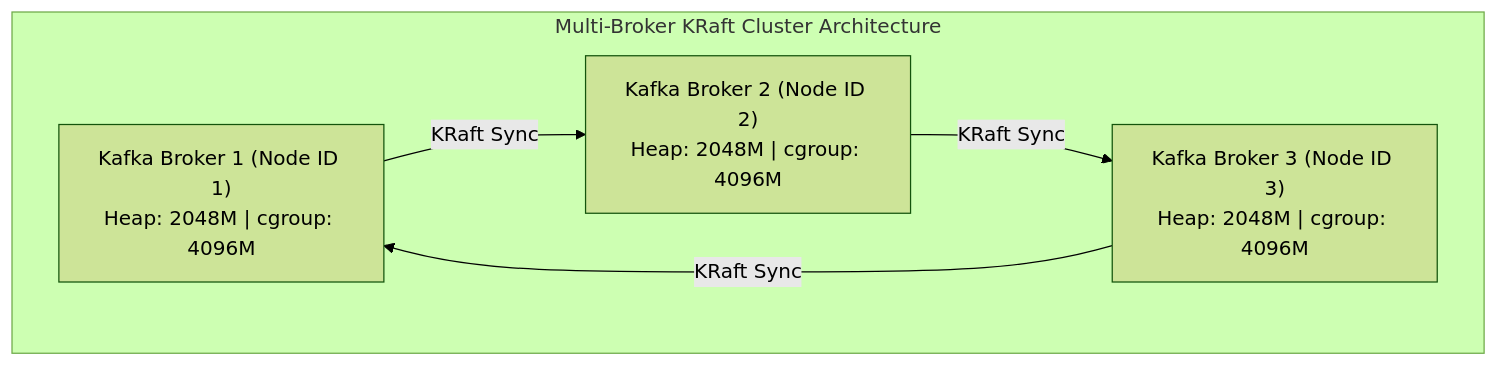
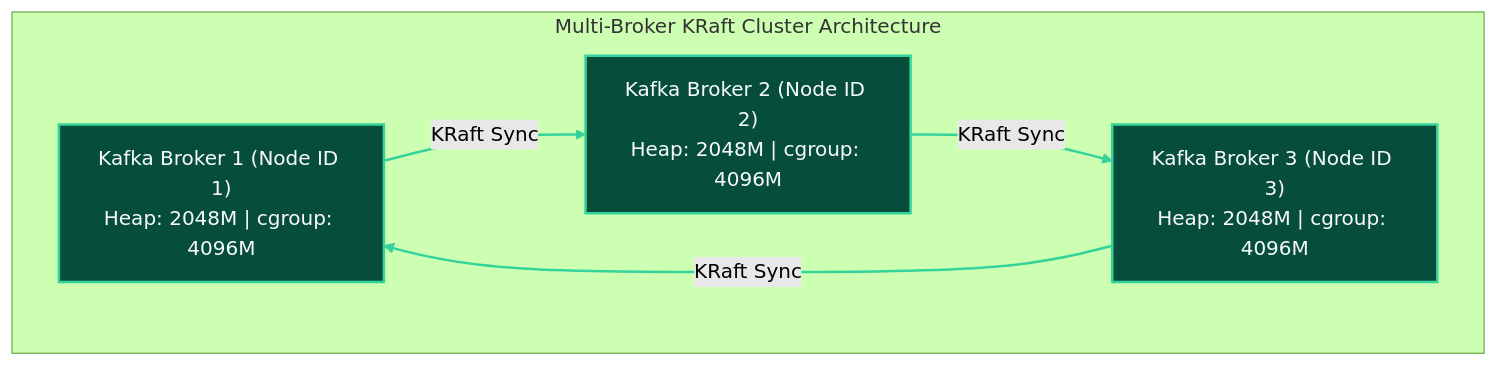
One commit to Chief-Strategist-J/llm-obs-infra changed diagram 18 of 18 in docs/configDoc/kafka-configuration-guide.md. Above: the diagram before and after it, drawn with Mermaid (forest theme). The commit also changed other lines of this file, not shown here.

Commit message:
docs(kafka): reorder component sections to Code -> HLD -> LLD -> Parameters and apply custom color styling to all Mermaid diagrams

````diff
--- a/docs/configDoc/kafka-configuration-guide.md
+++ b/docs/configDoc/kafka-configuration-guide.md
@@ -1278,13 +1589,19 @@
 ```mermaid
 graph TB
     subgraph MultiBrokerCluster ["Multi-Broker KRaft Cluster Architecture"]
         direction LR
         B1["Kafka Broker 1 (Node ID 1)<br/>Heap: 2048M | cgroup: 4096M"]
         B2["Kafka Broker 2 (Node ID 2)<br/>Heap: 2048M | cgroup: 4096M"]
         B3["Kafka Broker 3 (Node ID 3)<br/>Heap: 2048M | cgroup: 4096M"]
 
         B1 -->|KRaft Sync| B2
         B2 -->|KRaft Sync| B3
         B3 -->|KRaft Sync| B1
     end
+
+    style B1 fill:#064e3b,stroke:#34d399,stroke-width:2px,color:#f8fafc
+    style B2 fill:#064e3b,stroke:#34d399,stroke-width:2px,color:#f8fafc
+    style B3 fill:#064e3b,stroke:#34d399,stroke-width:2px,color:#f8fafc
+
+    linkStyle 0,1,2 stroke:#34d399,stroke-width:2px;
 ```
````
